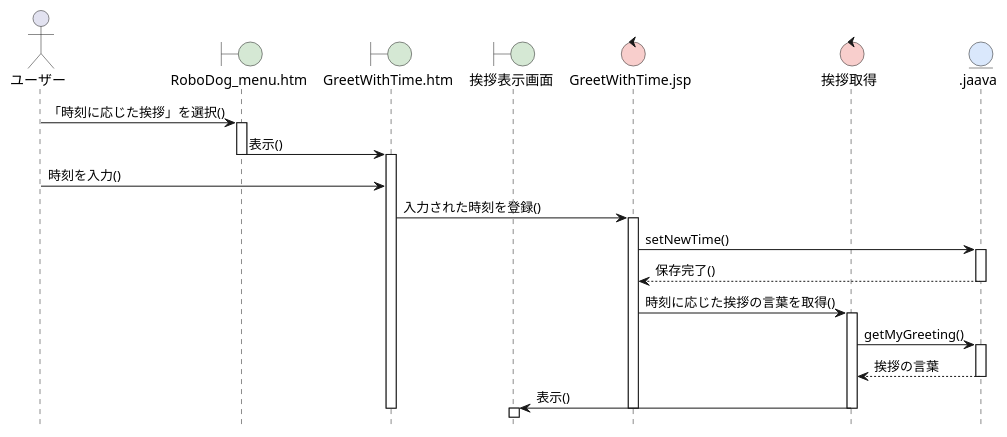
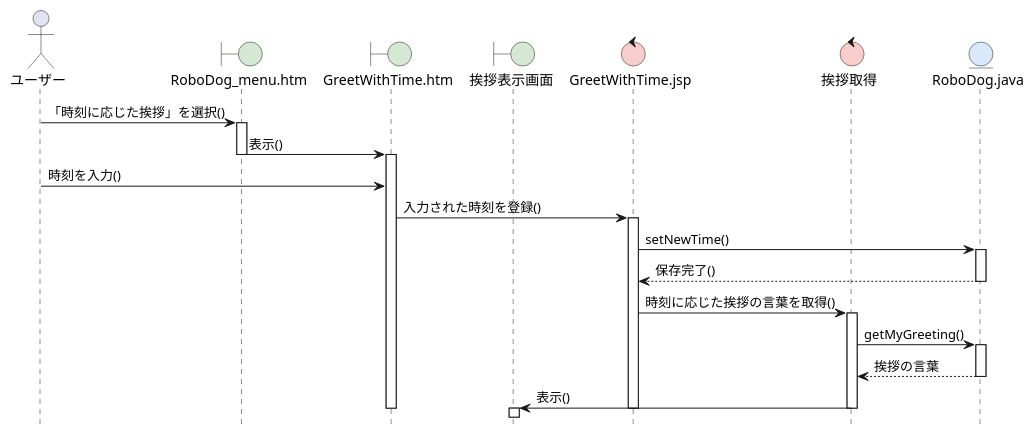
One commit to koukii0320/ohara_uml changed the diagram in 06_robo_dog/sequence_02_greeting.pu. Above: the diagram before and after it, drawn with PlantUML. The commit also changed 2 other files, not shown here.

```diff
--- a/06_robo_dog/sequence_02_greeting.pu
+++ b/06_robo_dog/sequence_02_greeting.pu
@@ -1,44 +1,44 @@
 @startuml RoboDogシステム-時刻に応じた挨拶シーケンス図
 hide footbox
 skinparam boundaryBackgroundColor #D5E8D4
 skinparam controlBackgroundColor  #F8CECC
 skinparam entityBackgroundColor   #DAE8FC
 
 actor ユーザー as A
 boundary "RoboDog_menu.htm" as B1
 boundary "GreetWithTime.htm" as B2
 boundary 挨拶表示画面 as B3
 control "GreetWithTime.jsp" as C1
 control 挨拶取得 as C2
-entity ".jaava" as E
+entity "RoboDog.java" as E
 
 A -> B1: 「時刻に応じた挨拶」を選択()
 activate B1
 
 B1 -> B2: 表示()
 deactivate B1
 activate B2
 
 A -> B2: 時刻を入力()
 
 B2 -> C1: 入力された時刻を登録()
 activate C1
 C1 -> E: setNewTime()
 activate E
 E --> C1: 保存完了()
 deactivate E
 
 C1 -> C2: 時刻に応じた挨拶の言葉を取得()
 activate C2
 C2 -> E: getMyGreeting()
 activate E
 E --> C2: 挨拶の言葉
 deactivate E
 
 C2 -> B3: 表示()
 deactivate C2
 deactivate C1
 deactivate B2
 activate B3
 
 @enduml
```
